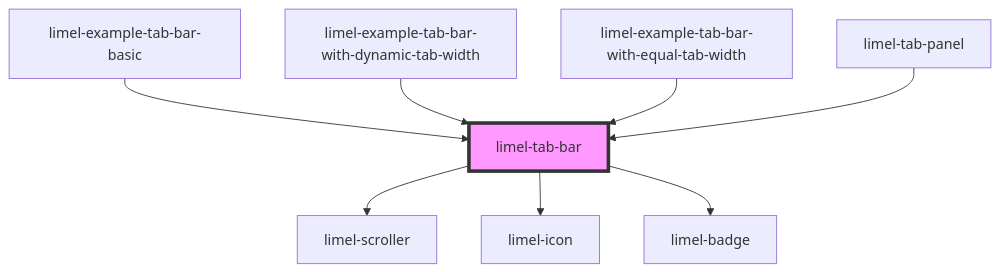
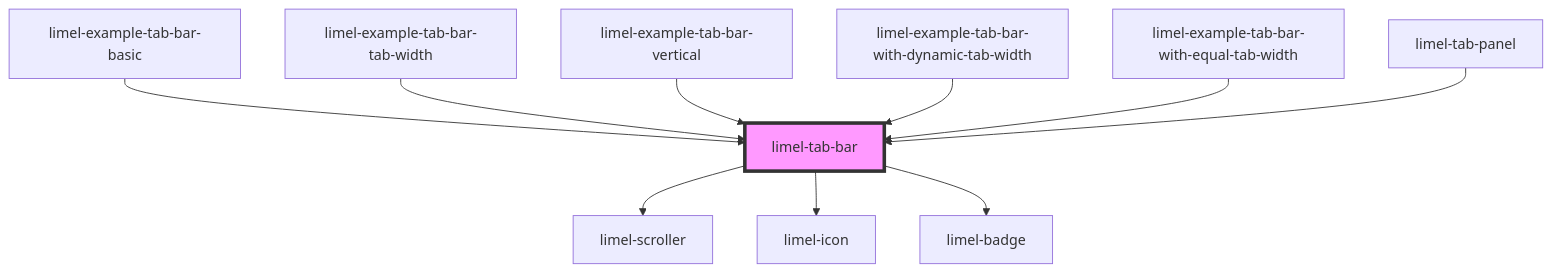
The diagram in versions/PR-4363/markdown-docs/components/tab-bar/readme.md (Lundalogik/lime-elements), drawn with Mermaid before and after one commit. The commit also changed other lines of this file and 591 other files, not shown here.

````diff
--- a/versions/PR-4363/markdown-docs/components/tab-bar/readme.md
+++ b/versions/PR-4363/markdown-docs/components/tab-bar/readme.md
@@ -54,11 +57,13 @@
 ```mermaid
 graph TD;
   limel-tab-bar --> limel-scroller
   limel-tab-bar --> limel-icon
   limel-tab-bar --> limel-badge
   limel-example-tab-bar-basic --> limel-tab-bar
+  limel-example-tab-bar-tab-width --> limel-tab-bar
+  limel-example-tab-bar-vertical --> limel-tab-bar
   limel-example-tab-bar-with-dynamic-tab-width --> limel-tab-bar
   limel-example-tab-bar-with-equal-tab-width --> limel-tab-bar
   limel-tab-panel --> limel-tab-bar
   style limel-tab-bar fill:#f9f,stroke:#333,stroke-width:4px
 ```
````
